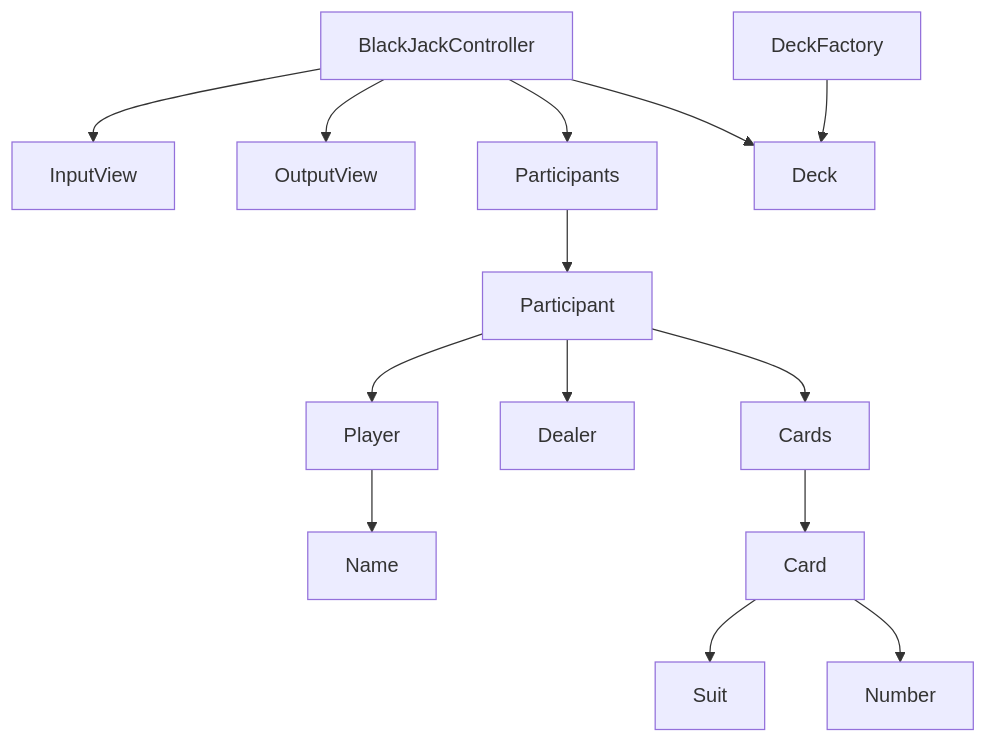
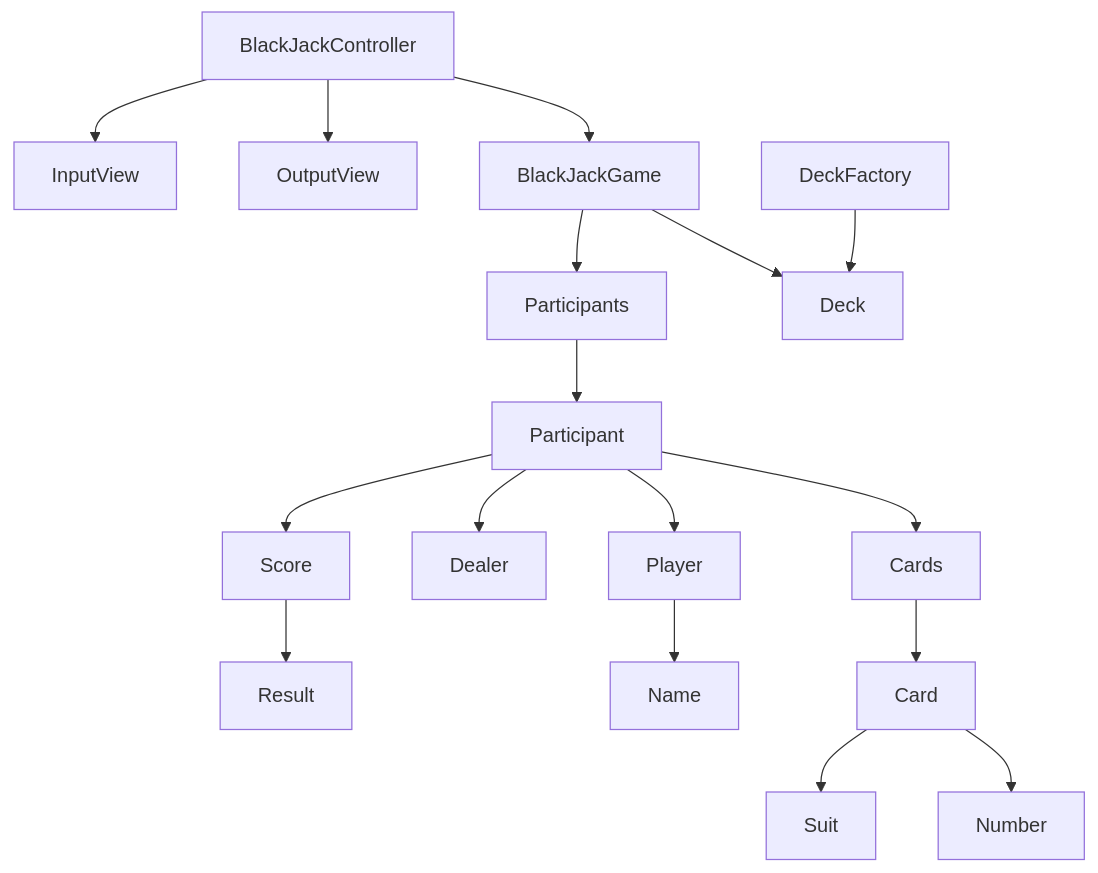
The diagram in README.md (woowacourse/java-blackjack), drawn with Mermaid before and after one commit. The commit also changed other lines of this file, not shown here.

Commit message:
docs: 기능 구현 목록 수정

````diff
--- a/README.md
+++ b/README.md
@@ -24,16 +24,27 @@
 ```mermaid
 graph TD
     BlackJackController --> InputView
     BlackJackController --> OutputView
-    BlackJackController --> Participants
-    BlackJackController --> Deck
+    BlackJackController --> BlackJackGame
+    
+    BlackJackGame --> Participants
+    BlackJackGame --> Deck
+
+    DeckFactory --> Deck
+    
     Participants --> Participant
+    
     Participant --> Player
     Participant --> Dealer
     Participant --> Cards
+    Participant --> Score
+    
+    Score --> Result
+    
     Player --> Name
-    DeckFactory --> Deck
+    
     Cards --> Card
+    
     Card --> Suit
     Card --> Number
 ```
````
